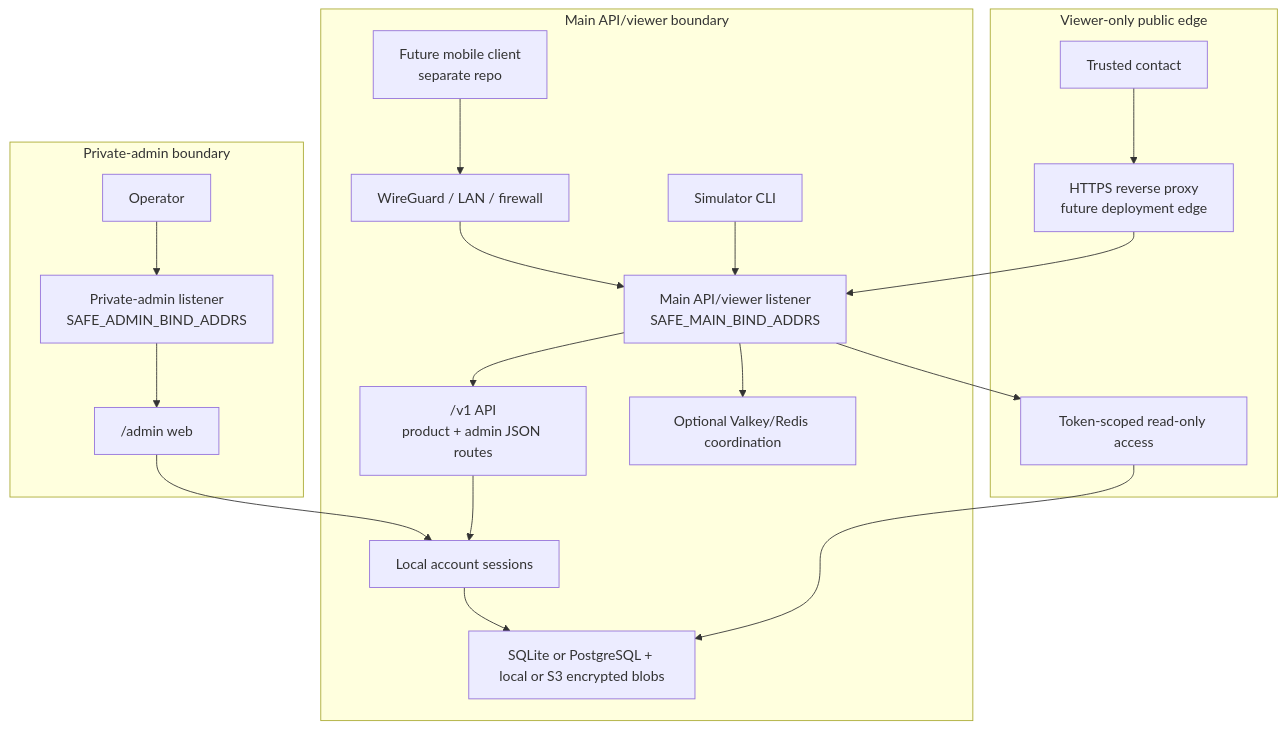
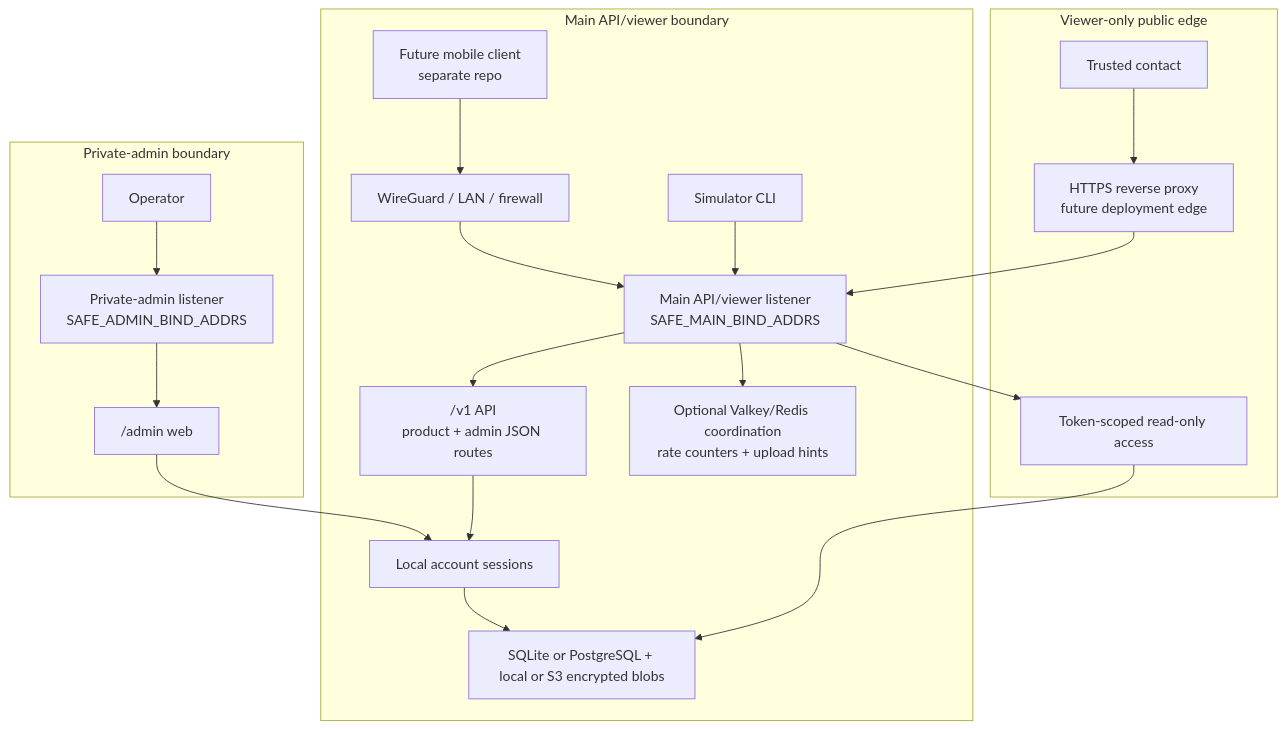
One commit to open-proofline/server changed the second of 4 diagrams in docs/architecture.md. Above: the diagram before and after it, drawn with Mermaid. The commit also changed other lines of this file and 29 other files, not shown here.

Commit message:
coordination: add valkey upload operation leases

````diff
--- a/docs/architecture.md
+++ b/docs/architecture.md
@@ -103,25 +103,25 @@
 ```mermaid
 flowchart TB
     subgraph MainBoundary["Main API/viewer boundary"]
         FuturePhone["Future mobile client<br/>separate repo"] --> WireGuard["WireGuard / LAN / firewall"]
         Simulator["Simulator CLI"] --> MainListener["Main API/viewer listener<br/>SAFE_MAIN_BIND_ADDRS"]
         WireGuard --> MainListener
         MainListener --> V1["/v1 API<br/>product + admin JSON routes"]
         V1 --> Auth["Local account sessions"]
         Auth --> Storage["SQLite or PostgreSQL + local or S3 encrypted blobs"]
-        MainListener --> Coordination["Optional Valkey/Redis coordination"]
+        MainListener --> Coordination["Optional Valkey/Redis coordination<br/>rate counters + upload hints"]
     end
 
     subgraph PublicEdge["Viewer-only public edge"]
         TrustedContact["Trusted contact"] --> HTTPS["HTTPS reverse proxy<br/>future deployment edge"]
         HTTPS --> MainListener
         MainListener --> ReadOnly["Token-scoped read-only access"]
         ReadOnly --> Storage
     end
 
     subgraph AdminBoundary["Private-admin boundary"]
         AdminClient["Operator"] --> AdminListener["Private-admin listener<br/>SAFE_ADMIN_BIND_ADDRS"]
         AdminListener --> AdminWeb["/admin web"]
         AdminWeb --> Auth
     end
 ```
````
